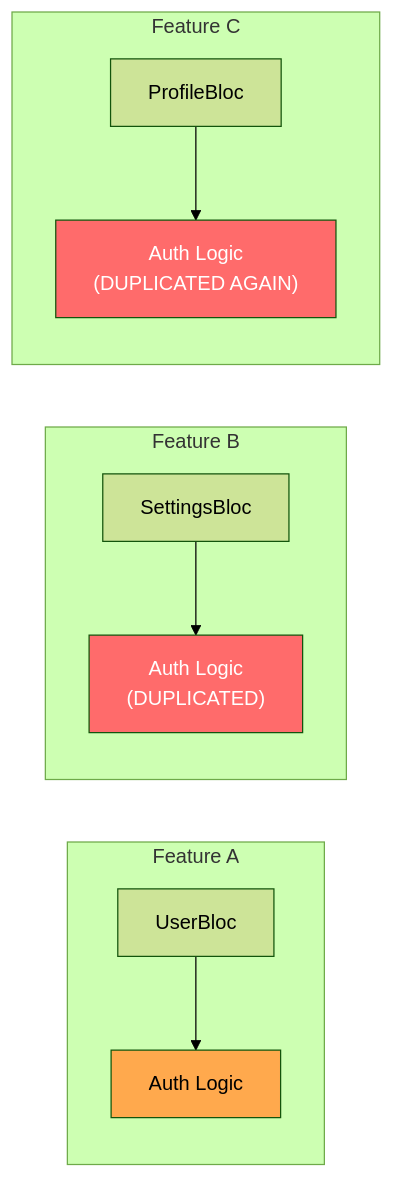
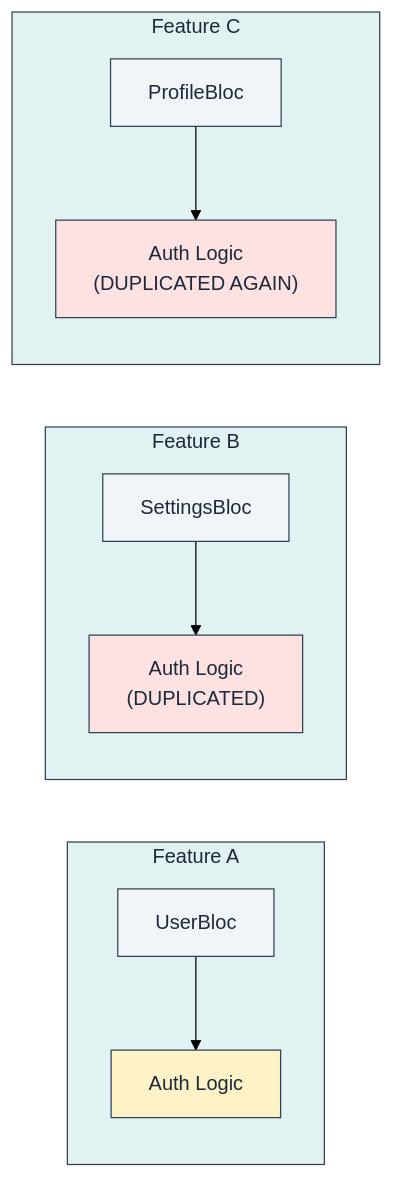
Before and after one commit to lploc94/flutter_orchestrator: the third of 6 diagrams in book/chapters/01_the_pain.md, drawn with Mermaid (forest theme). The commit also changed other lines of this file and 3 other files, not shown here.

````diff
--- a/book/chapters/01_the_pain.md
+++ b/book/chapters/01_the_pain.md
@@ -95,18 +113,24 @@
 ```mermaid
 graph LR
     subgraph FeatureA["Feature A"]
         BlocA["UserBloc"] --> AuthLogic["Auth Logic"]
     end
     
     subgraph FeatureB["Feature B"]
         BlocB["SettingsBloc"] --> AuthLogic2["Auth Logic<br/>(DUPLICATED)"]
     end
     
     subgraph FeatureC["Feature C"]
         BlocC["ProfileBloc"] --> AuthLogic3["Auth Logic<br/>(DUPLICATED AGAIN)"]
     end
     
-    style AuthLogic fill:#ffa94d,color:#000
-    style AuthLogic2 fill:#ff6b6b,color:#fff
-    style AuthLogic3 fill:#ff6b6b,color:#fff
+    style FeatureA fill:#e0f2f1,stroke:#334155,color:#1e293b
+    style FeatureB fill:#e0f2f1,stroke:#334155,color:#1e293b
+    style FeatureC fill:#e0f2f1,stroke:#334155,color:#1e293b
+    style AuthLogic fill:#fef3c7,stroke:#334155,color:#1e293b
+    style AuthLogic2 fill:#fee2e2,stroke:#334155,color:#1e293b
+    style AuthLogic3 fill:#fee2e2,stroke:#334155,color:#1e293b
+    style BlocA fill:#f1f5f9,stroke:#334155,color:#1e293b
+    style BlocB fill:#f1f5f9,stroke:#334155,color:#1e293b
+    style BlocC fill:#f1f5f9,stroke:#334155,color:#1e293b
 ```
````
